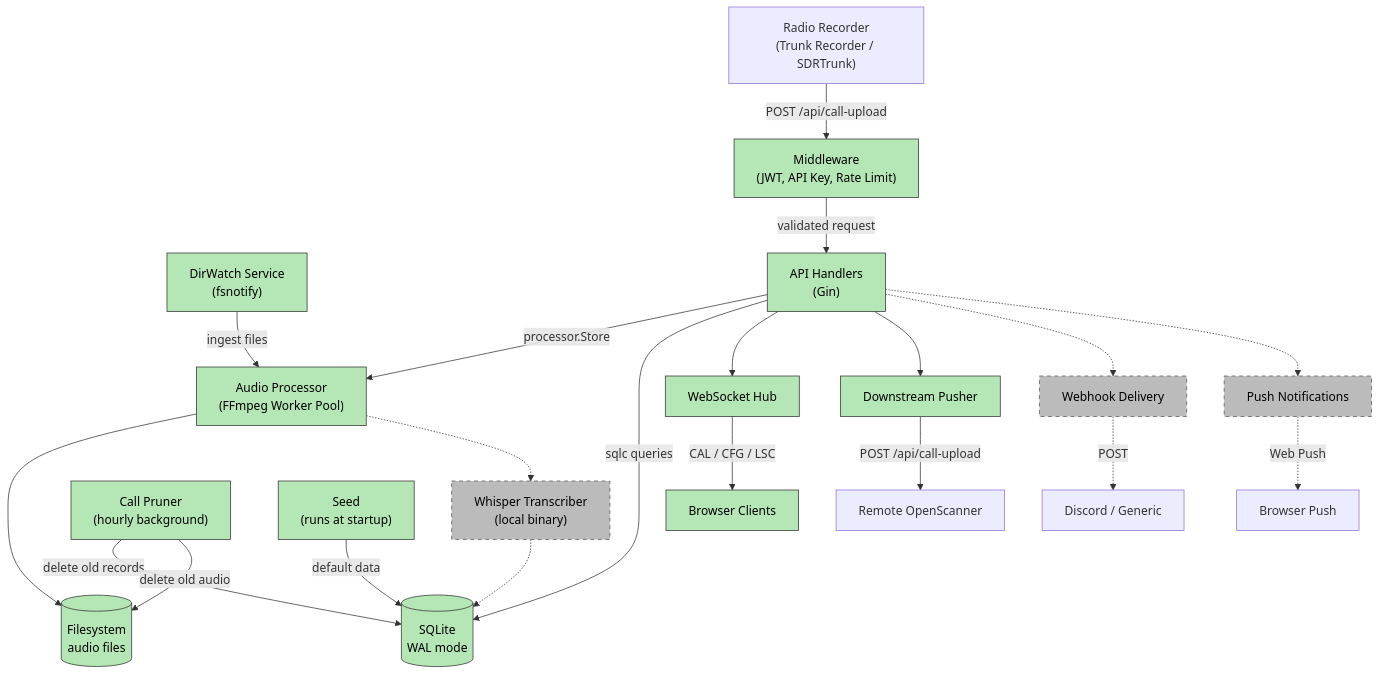
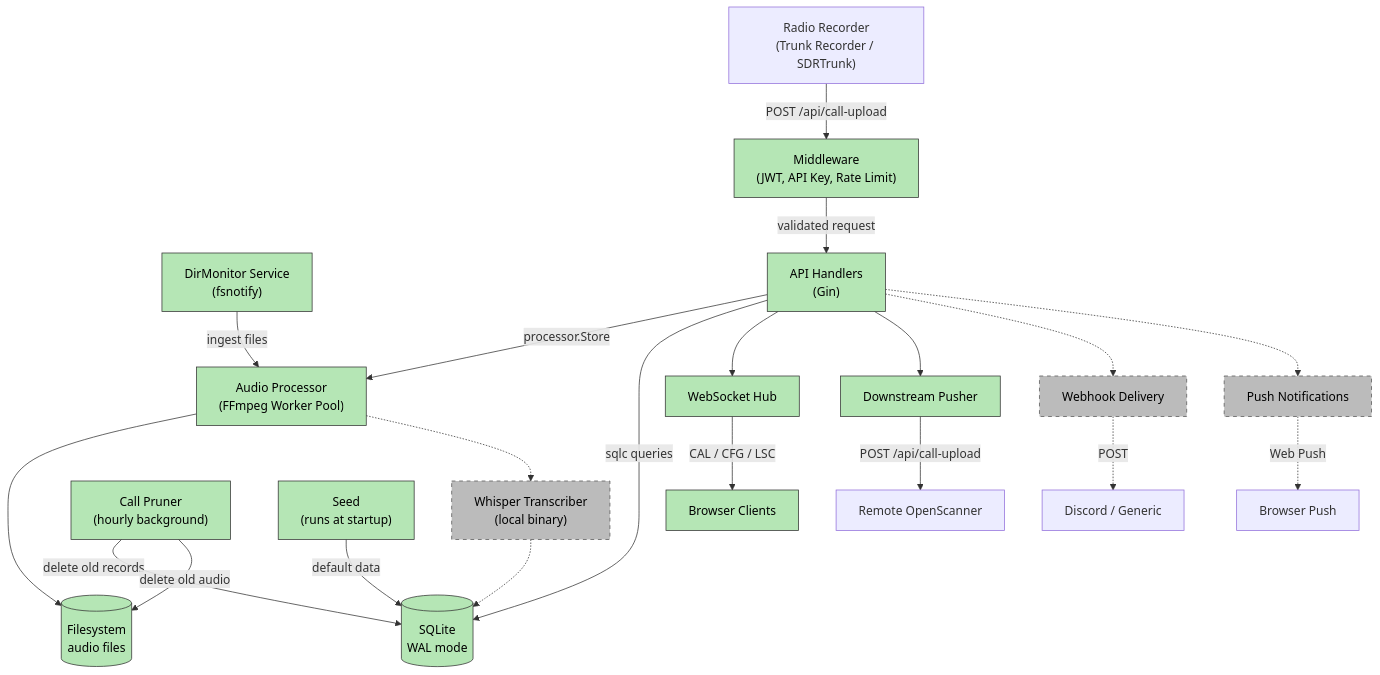
One commit to revtex/OpenScanner changed the diagram in docs/architecture.md. Above: the diagram before and after it, drawn with Mermaid. The commit also changed other lines of this file and 29 other files, not shown here.

````diff
--- a/docs/architecture.md
+++ b/docs/architecture.md
@@ -15,41 +15,41 @@
 ```mermaid
 graph TD
     Recorder["Radio Recorder<br/>(Trunk Recorder / SDRTrunk)"] -->|POST /api/call-upload| MW
-    DirWatch["DirWatch Service<br/>(fsnotify)"] -->|ingest files| Processor
+    DirMonitor["DirMonitor Service<br/>(fsnotify)"] -->|ingest files| Processor
 
     MW["Middleware<br/>(JWT, API Key, Rate Limit)"] -->|validated request| API["API Handlers<br/>(Gin)"]
     API -->|processor.Store| Processor["Audio Processor<br/>(FFmpeg Worker Pool)"]
     Processor --> FS[("Filesystem<br/>audio files")]
     Processor -.-> Transcriber["Whisper Transcriber<br/>(local binary)"]
     API -->|sqlc queries| DB[(SQLite<br/>WAL mode)]
     Transcriber -.-> DB
 
     Pruner["Call Pruner<br/>(hourly background)"] -->|delete old records| DB
     Pruner -->|delete old audio| FS
 
     Seed["Seed<br/>(runs at startup)"] -->|default data| DB
 
     API --> Hub["WebSocket Hub"]
     Hub -->|CAL / CFG / LSC| Listeners["Browser Clients"]
     API --> Downstream["Downstream Pusher"]
     Downstream -->|POST /api/call-upload| RemoteInstance["Remote OpenScanner"]
     API -.-> Webhooks["Webhook Delivery"]
     Webhooks -.->|POST| External["Discord / Generic"]
     API -.-> Push["Push Notifications"]
     Push -.->|Web Push| Browser["Browser Push"]
 
     style MW fill:#b5e6b5,stroke:#333,color:#000
     style API fill:#b5e6b5,stroke:#333,color:#000
     style Processor fill:#b5e6b5,stroke:#333,color:#000
     style FS fill:#b5e6b5,stroke:#333,color:#000
     style DB fill:#b5e6b5,stroke:#333,color:#000
     style Seed fill:#b5e6b5,stroke:#333,color:#000
     style Pruner fill:#b5e6b5,stroke:#333,color:#000
     style Hub fill:#b5e6b5,stroke:#333,color:#000
     style Listeners fill:#b5e6b5,stroke:#333,color:#000
     style Transcriber fill:#bbb,stroke:#555,color:#000,stroke-dasharray: 5 5
-    style DirWatch fill:#b5e6b5,stroke:#333,color:#000
+    style DirMonitor fill:#b5e6b5,stroke:#333,color:#000
     style Downstream fill:#b5e6b5,stroke:#333,color:#000
     style Webhooks fill:#bbb,stroke:#555,color:#000,stroke-dasharray: 5 5
     style Push fill:#bbb,stroke:#555,color:#000,stroke-dasharray: 5 5
 ```
````
